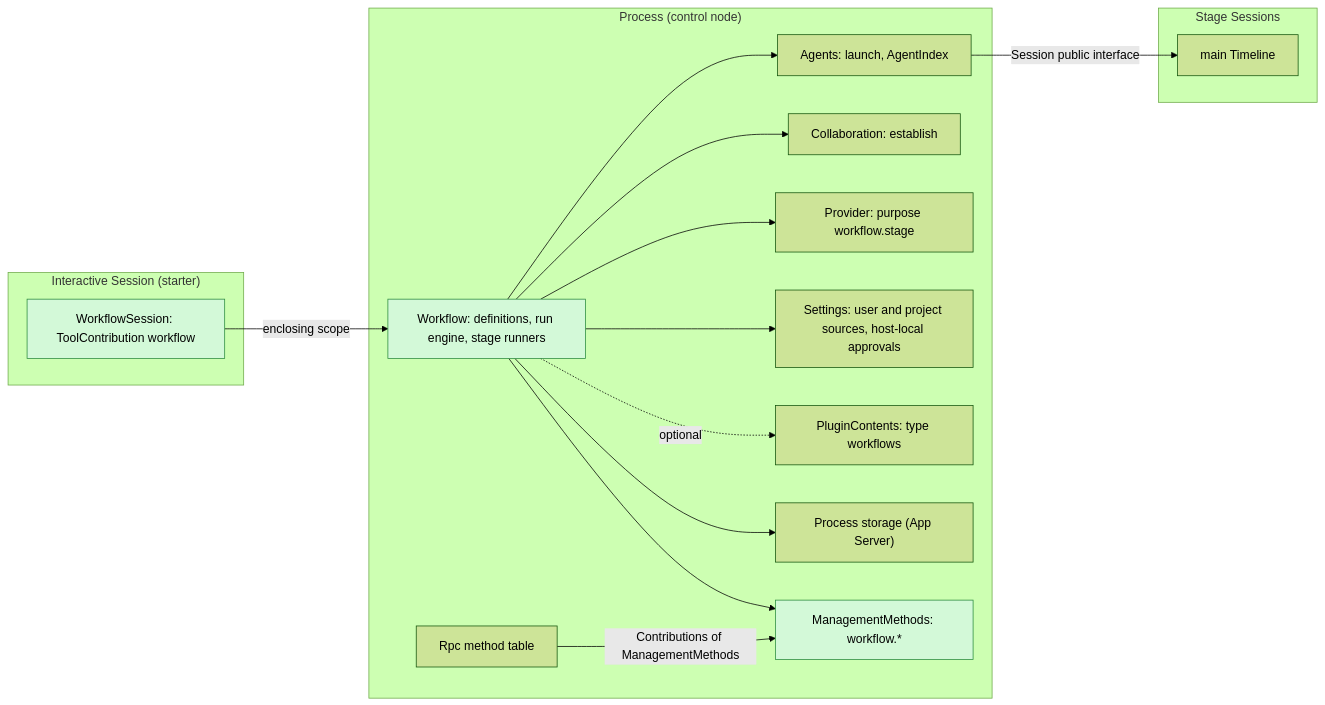
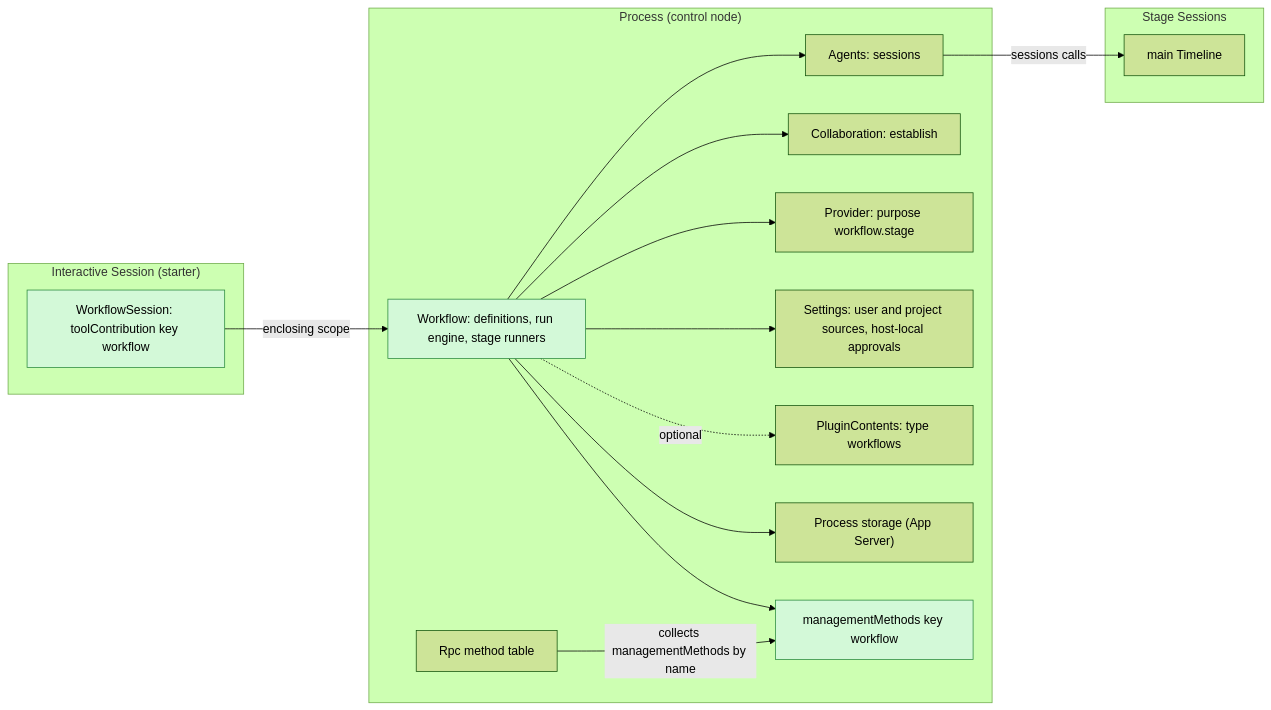
One commit to CoutinhoTTS/dim-agent changed the first of 6 diagrams in docs/design/plugins/Workflow.md. Above: the diagram before and after it, drawn with Mermaid (forest theme). The commit also changed other lines of this file and 3 other files, not shown here.

Commit message:
docs(design): language-neutral contracts for Scheduler, Workflow, ExternalAgent and AcpGateway

````diff
--- a/docs/design/plugins/Workflow.md
+++ b/docs/design/plugins/Workflow.md
@@ -9,32 +9,32 @@
 ```mermaid
 flowchart LR
   subgraph PROC["Process (control node)"]
     WF["Workflow: definitions, run engine, stage runners"]
-    MM["ManagementMethods: workflow.*"]
-    Agents["Agents: launch, AgentIndex"]
+    MM["managementMethods key workflow"]
+    Agents["Agents: sessions"]
     Coll["Collaboration: establish"]
     Prov["Provider: purpose workflow.stage"]
     Set["Settings: user and project sources, host-local approvals"]
     PC["PluginContents: type workflows"]
     Store["Process storage (App Server)"]
     Rpc["Rpc method table"]
   end
   subgraph SESS["Interactive Session (starter)"]
-    Tool["WorkflowSession: ToolContribution workflow"]
+    Tool["WorkflowSession: toolContribution key workflow"]
   end
   subgraph STG["Stage Sessions"]
     TL["main Timeline"]
   end
   Tool -->|"enclosing scope"| WF
   WF --> Agents
   WF --> Coll
   WF --> Prov
   WF --> Set
   WF -.->|"optional"| PC
   WF --> Store
   WF --> MM
-  Rpc -->|"Contributions of ManagementMethods"| MM
-  Agents -->|"Session public interface"| TL
+  Rpc -->|"collects managementMethods by name"| MM
+  Agents -->|"sessions calls"| TL
   classDef new fill:#d3f9d8,stroke:#2b8a3e,color:#000
   class WF,MM,Tool new
 ```
````
